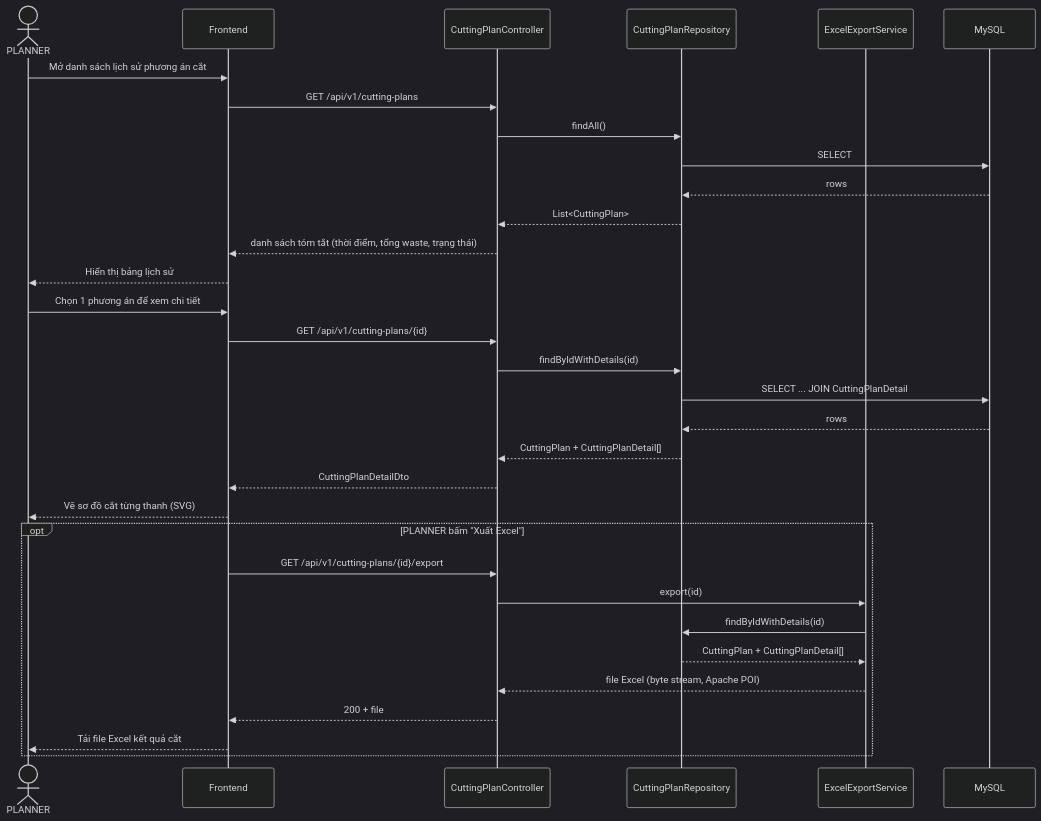
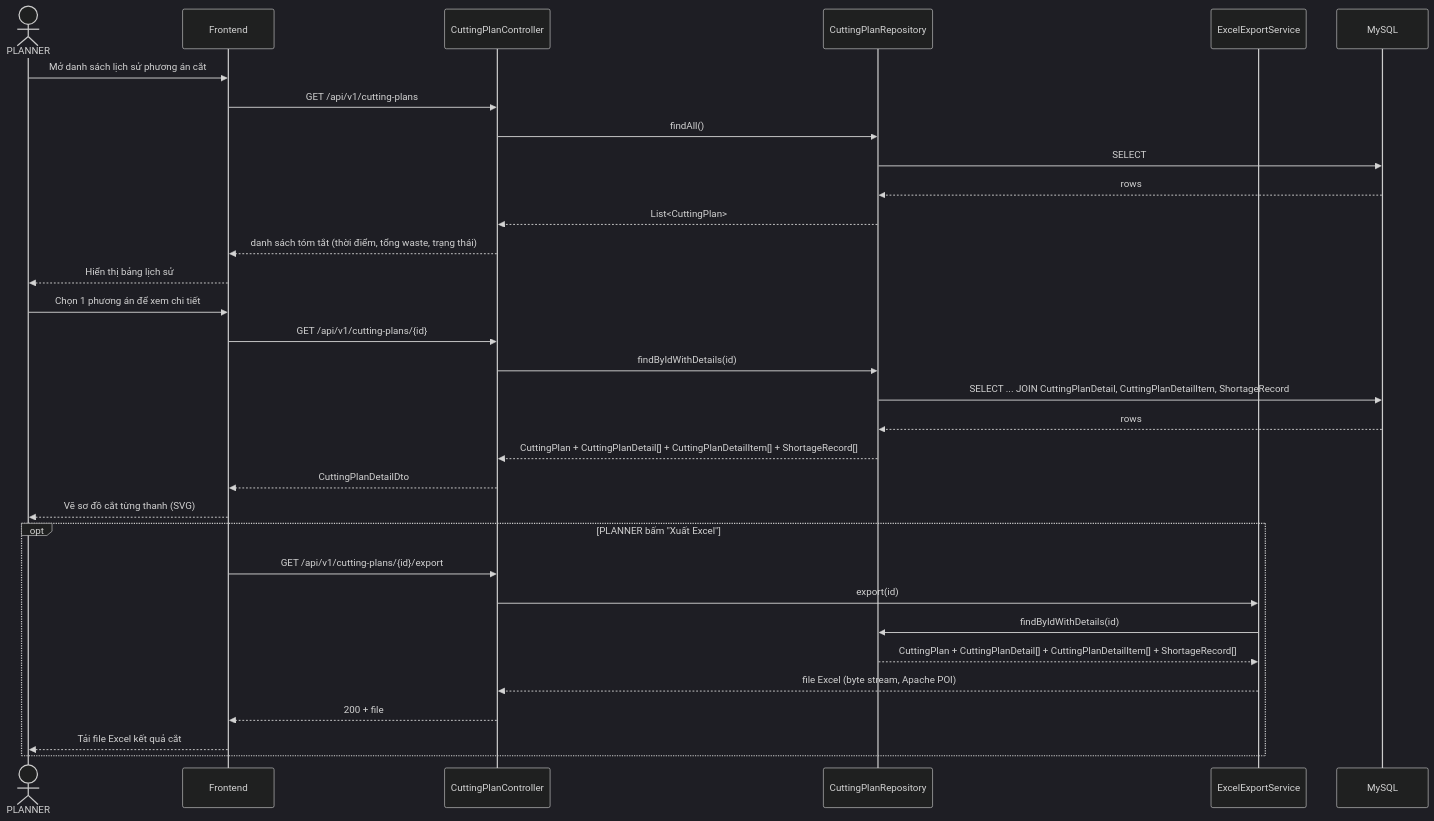
The third of 3 diagrams in docs/sequence-diagrams.md (huydeptraii123/GraduationThesis), drawn with Mermaid (dark theme) before and after one commit. The commit also changed 2 other files, not shown here.

Commit message:
docs: thêm activity diagram luồng xem/xuất kết quả; ràng buộc chặn xóa đơn đã xử lý

````diff
--- a/docs/sequence-diagrams.md
+++ b/docs/sequence-diagrams.md
@@ -137,37 +137,37 @@
 ```mermaid
 sequenceDiagram
     actor U as PLANNER
     participant FE as Frontend
     participant C as CuttingPlanController
     participant REPO as CuttingPlanRepository
     participant EXP as ExcelExportService
     participant DB as MySQL
 
     U->>FE: Mở danh sách lịch sử phương án cắt
     FE->>C: GET /api/v1/cutting-plans
     C->>REPO: findAll()
     REPO->>DB: SELECT
     DB-->>REPO: rows
     REPO-->>C: List<CuttingPlan>
     C-->>FE: danh sách tóm tắt (thời điểm, tổng waste, trạng thái)
     FE-->>U: Hiển thị bảng lịch sử
 
     U->>FE: Chọn 1 phương án để xem chi tiết
     FE->>C: GET /api/v1/cutting-plans/{id}
     C->>REPO: findByIdWithDetails(id)
-    REPO->>DB: SELECT ... JOIN CuttingPlanDetail
+    REPO->>DB: SELECT ... JOIN CuttingPlanDetail, CuttingPlanDetailItem, ShortageRecord
     DB-->>REPO: rows
-    REPO-->>C: CuttingPlan + CuttingPlanDetail[]
+    REPO-->>C: CuttingPlan + CuttingPlanDetail[] + CuttingPlanDetailItem[] + ShortageRecord[]
     C-->>FE: CuttingPlanDetailDto
     FE-->>U: Vẽ sơ đồ cắt từng thanh (SVG)
 
     opt PLANNER bấm "Xuất Excel"
         FE->>C: GET /api/v1/cutting-plans/{id}/export
         C->>EXP: export(id)
         EXP->>REPO: findByIdWithDetails(id)
-        REPO-->>EXP: CuttingPlan + CuttingPlanDetail[]
+        REPO-->>EXP: CuttingPlan + CuttingPlanDetail[] + CuttingPlanDetailItem[] + ShortageRecord[]
         EXP-->>C: file Excel (byte stream, Apache POI)
         C-->>FE: 200 + file
         FE-->>U: Tải file Excel kết quả cắt
     end
 ```
````
